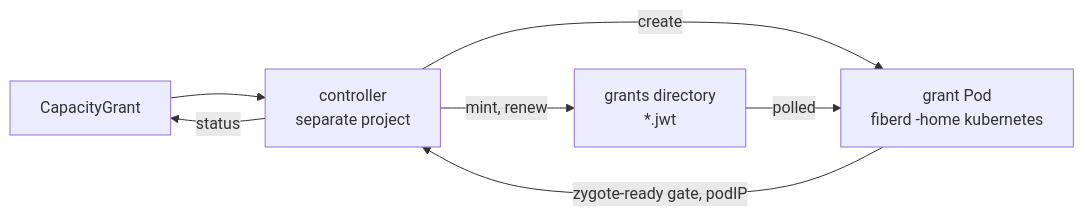
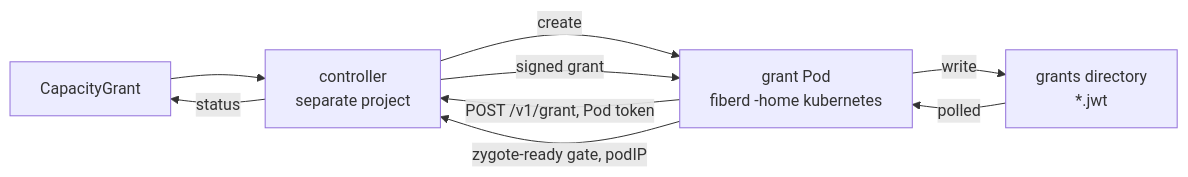
One commit to helayoty/fiberd changed the first of 2 diagrams in docs/design/kubernetes.md. Above: the diagram before and after it, drawn with Mermaid. The commit also changed other lines of this file and 20 other files, not shown here.

Commit message:
Fetch and renew the grant from the controller in the Kubernetes home (#94)

````diff
--- a/docs/design/kubernetes.md
+++ b/docs/design/kubernetes.md
@@ -13,9 +13,11 @@
 ```mermaid
 flowchart LR
   CG[CapacityGrant] --> C[controller<br/>separate project]
   C -->|create| P[grant Pod<br/>fiberd -home kubernetes]
-  C -->|mint, renew| D[grants directory<br/>*.jwt]
+  P -->|POST /v1/grant, Pod token| C
+  C -->|signed grant| P
+  P -->|write| D[grants directory<br/>*.jwt]
   D -->|polled| P
   P -->|zygote-ready gate, podIP| C
   C -->|status| CG
 ```
````
